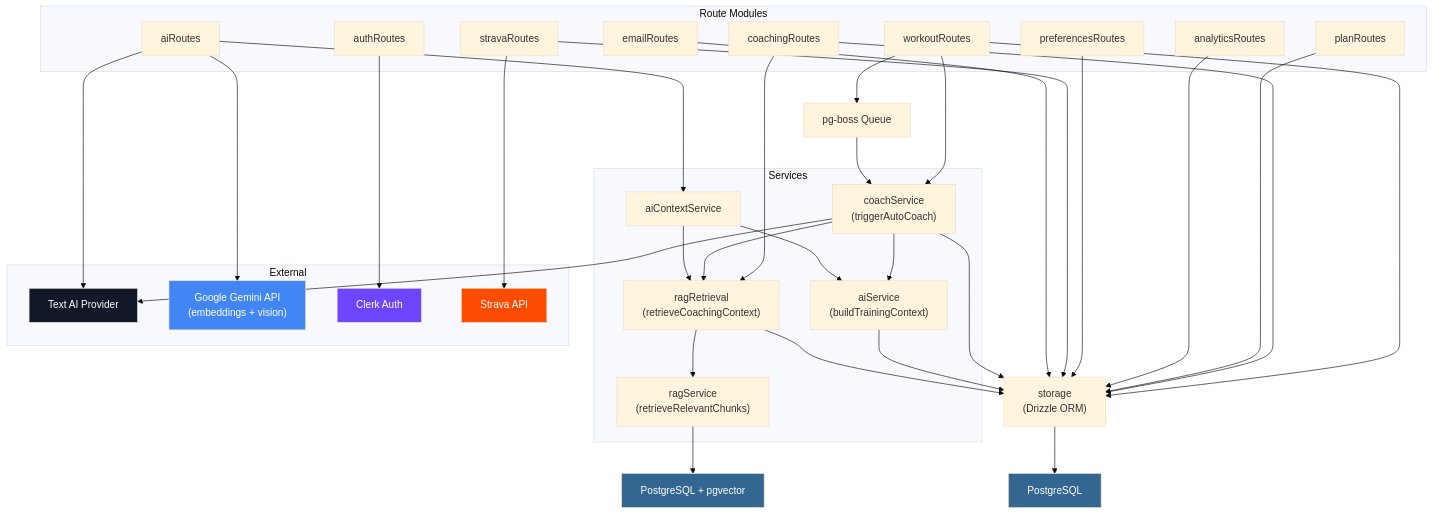
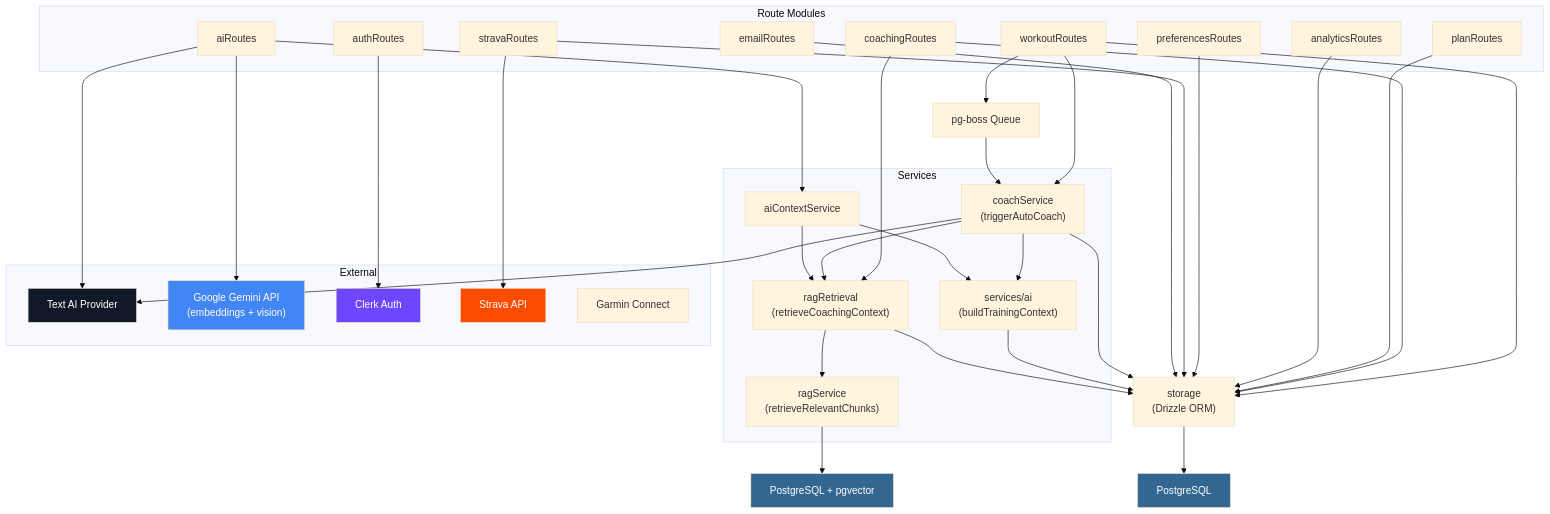
The seventh of 8 diagrams in docs/architecture.md (daler91/Hyrox-Companion), drawn with Mermaid (base theme) before and after one commit. The commit also changed other lines of this file and 12 other files, not shown here.

````diff
--- a/docs/architecture.md
+++ b/docs/architecture.md
@@ -333,73 +337,74 @@
 ```mermaid
 graph TD
     subgraph Route Modules
         R_AUTH["authRoutes"]
         R_PREFS["preferencesRoutes"]
         R_EMAIL["emailRoutes"]
         R_AI["aiRoutes"]
         R_ANALYTICS["analyticsRoutes"]
         R_WORKOUTS["workoutRoutes"]
         R_PLANS["planRoutes"]
         R_COACHING["coachingRoutes"]
         R_STRAVA["stravaRoutes"]
     end
 
     subgraph Services
         S_COACH["coachService\n(triggerAutoCoach)"]
-        S_AI["aiService\n(buildTrainingContext)"]
+        S_AI["services/ai\n(buildTrainingContext)"]
         S_RAG["ragRetrieval\n(retrieveCoachingContext)"]
         S_RAG_SVC["ragService\n(retrieveRelevantChunks)"]
         S_AI_CTX["aiContextService"]
     end
 
     subgraph External
         AITEXT["Text AI Provider"]
         GEMINI["Google Gemini API\n(embeddings + vision)"]
         CLERK["Clerk Auth"]
         STRAVA_API["Strava API"]
+        GARMIN_API["Garmin Connect"]
     end
 
     STORAGE["storage\n(Drizzle ORM)"]
     PG["PostgreSQL"]
     PGVEC["PostgreSQL + pgvector"]
     QUEUE["pg-boss Queue"]
 
     R_WORKOUTS --> S_COACH
     R_WORKOUTS --> STORAGE
     R_AI --> S_AI_CTX
     R_AI --> AITEXT
     R_AI --> GEMINI
     R_COACHING --> S_RAG
     R_COACHING --> STORAGE
     R_PLANS --> STORAGE
     R_ANALYTICS --> STORAGE
     R_PREFS --> STORAGE
     R_AUTH --> CLERK
     R_STRAVA --> STRAVA_API
     R_STRAVA --> STORAGE
     R_EMAIL --> STORAGE
 
     S_COACH --> S_AI
     S_COACH --> S_RAG
     S_COACH --> AITEXT
     S_COACH --> STORAGE
 
     S_AI_CTX --> S_AI
     S_AI_CTX --> S_RAG
 
     S_AI --> STORAGE
     S_RAG --> S_RAG_SVC
     S_RAG --> STORAGE
     S_RAG_SVC --> PGVEC
 
     STORAGE --> PG
     R_WORKOUTS --> QUEUE
     QUEUE --> S_COACH
 
     style AITEXT fill:#111827,color:#fff
     style GEMINI fill:#4285f4,color:#fff
     style CLERK fill:#6c47ff,color:#fff
     style STRAVA_API fill:#fc4c02,color:#fff
     style PG fill:#336791,color:#fff
     style PGVEC fill:#336791,color:#fff
 ```
````
